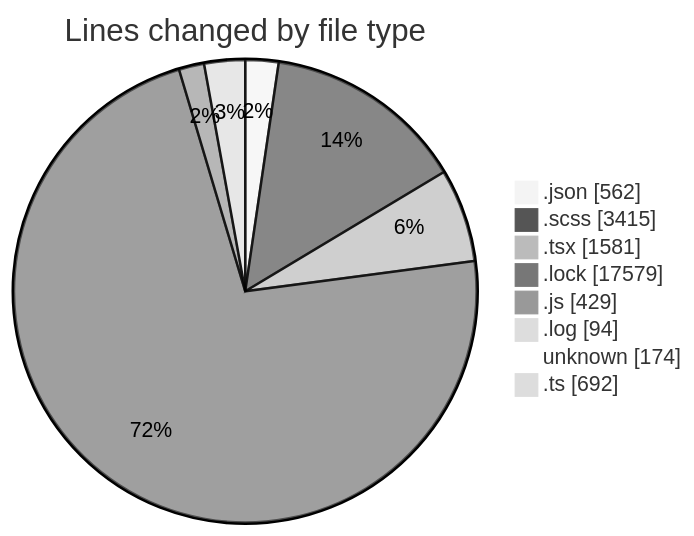
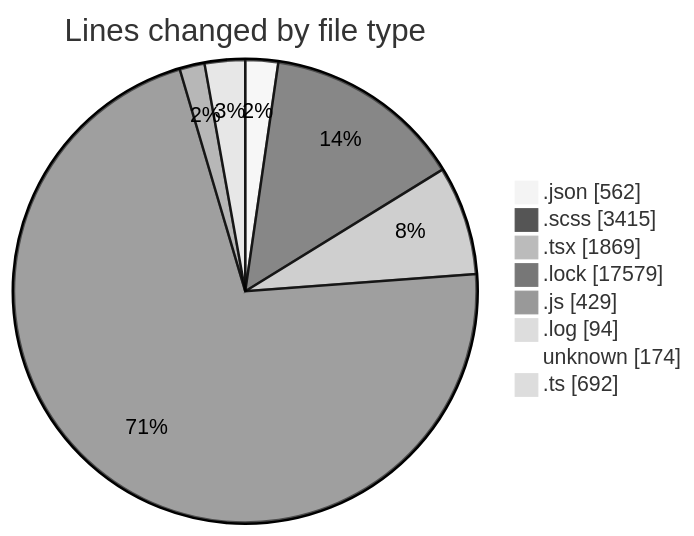
One commit to momahboobian/code-tracking changed the first of 2 diagrams in 2026-08-11/cda/README.md. Above: the diagram before and after it, drawn with Mermaid (neutral theme). The commit also changed other lines of this file and 1 other file, not shown here.

````diff
--- a/2026-08-11/cda/README.md
+++ b/2026-08-11/cda/README.md
@@ -58,12 +59,12 @@
 ```mermaid
 pie showData
 title Lines changed by file type
 ".json" : 562
 ".scss" : 3415
-".tsx" : 1581
+".tsx" : 1869
 ".lock" : 17579
 ".js" : 429
 ".log" : 94
 "unknown" : 174
 ".ts" : 692
 ```
````
